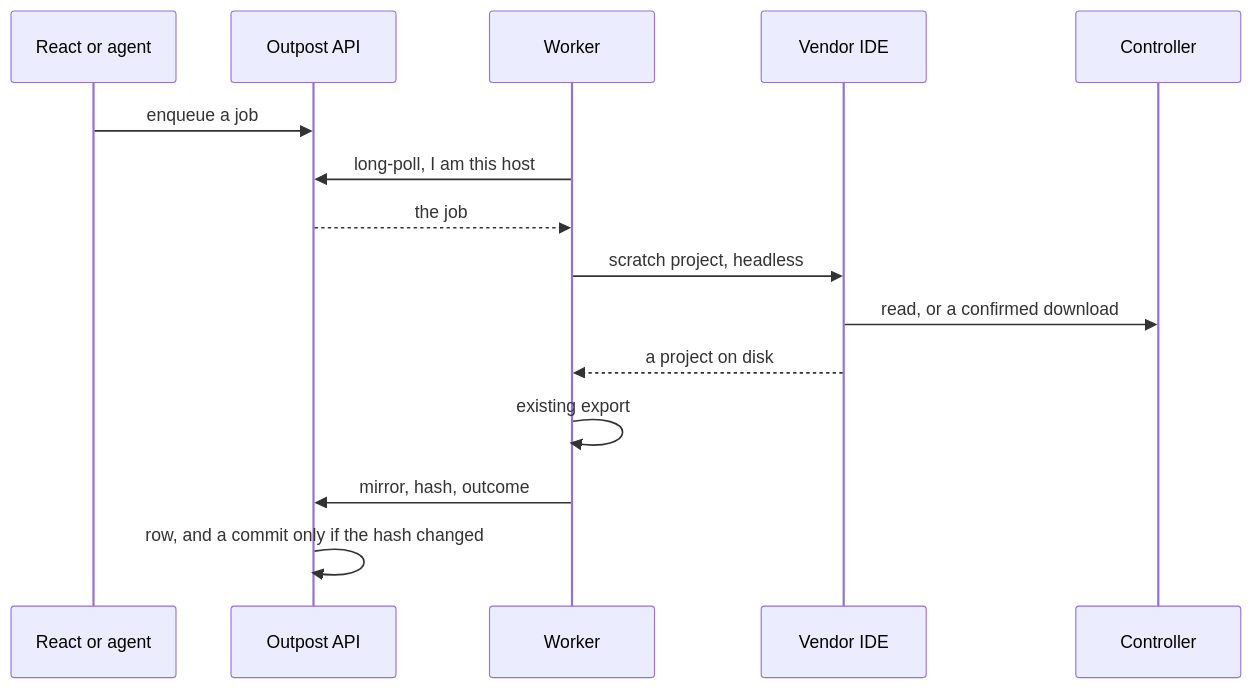
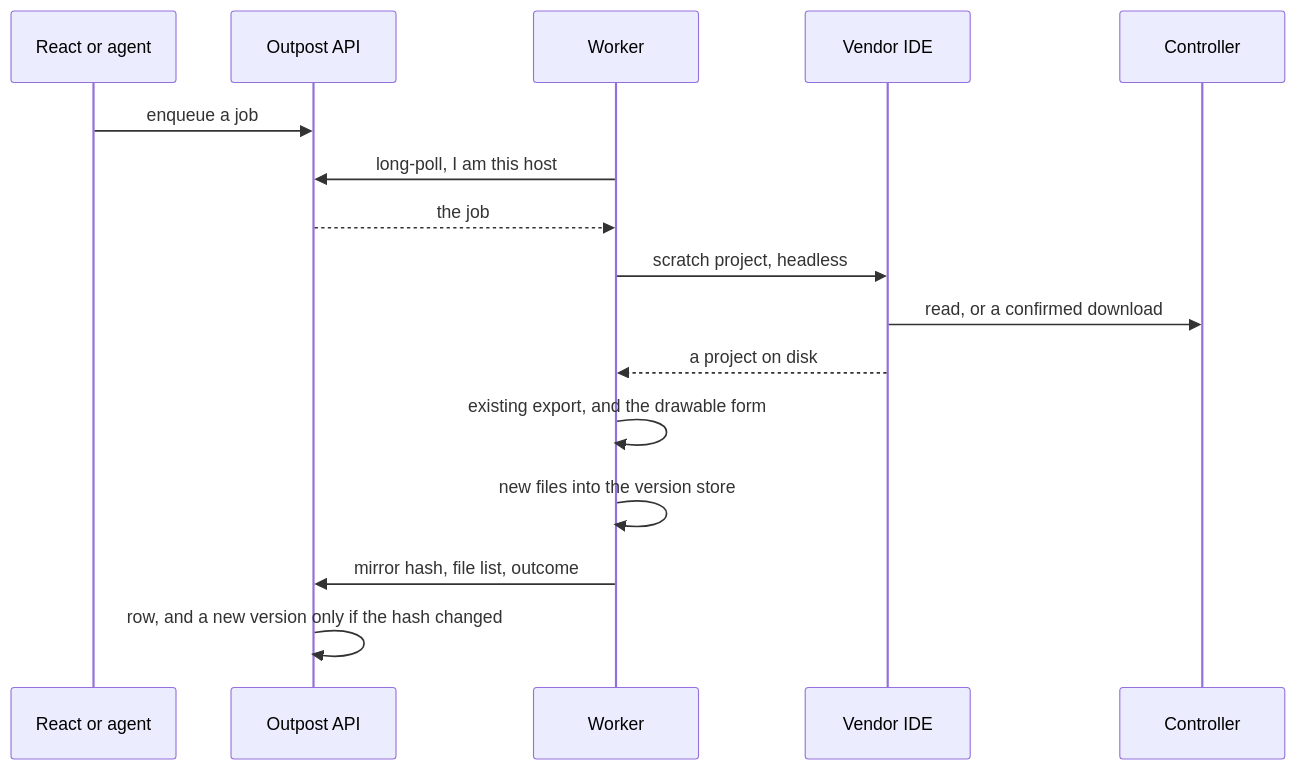
Before and after one commit to Jhonatan-fluid/Versio-VersionControlSystem: the second of 6 diagrams in docs/outpost/PLAN.md, drawn with Mermaid. The commit also changed other lines of this file and 13 other files, not shown here.

````diff
--- a/docs/outpost/PLAN.md
+++ b/docs/outpost/PLAN.md
@@ -149,18 +163,19 @@
 ```mermaid
 sequenceDiagram
   participant Web as React or agent
   participant API as Outpost API
   participant W as Worker
   participant IDE as Vendor IDE
   participant PLC as Controller
 
   Web->>API: enqueue a job
   W->>API: long-poll, I am this host
   API-->>W: the job
   W->>IDE: scratch project, headless
   IDE->>PLC: read, or a confirmed download
   IDE-->>W: a project on disk
-  W->>W: existing export
-  W->>API: mirror, hash, outcome
-  API->>API: row, and a commit only if the hash changed
+  W->>W: existing export, and the drawable form
+  W->>W: new files into the version store
+  W->>API: mirror hash, file list, outcome
+  API->>API: row, and a new version only if the hash changed
 ```
````
